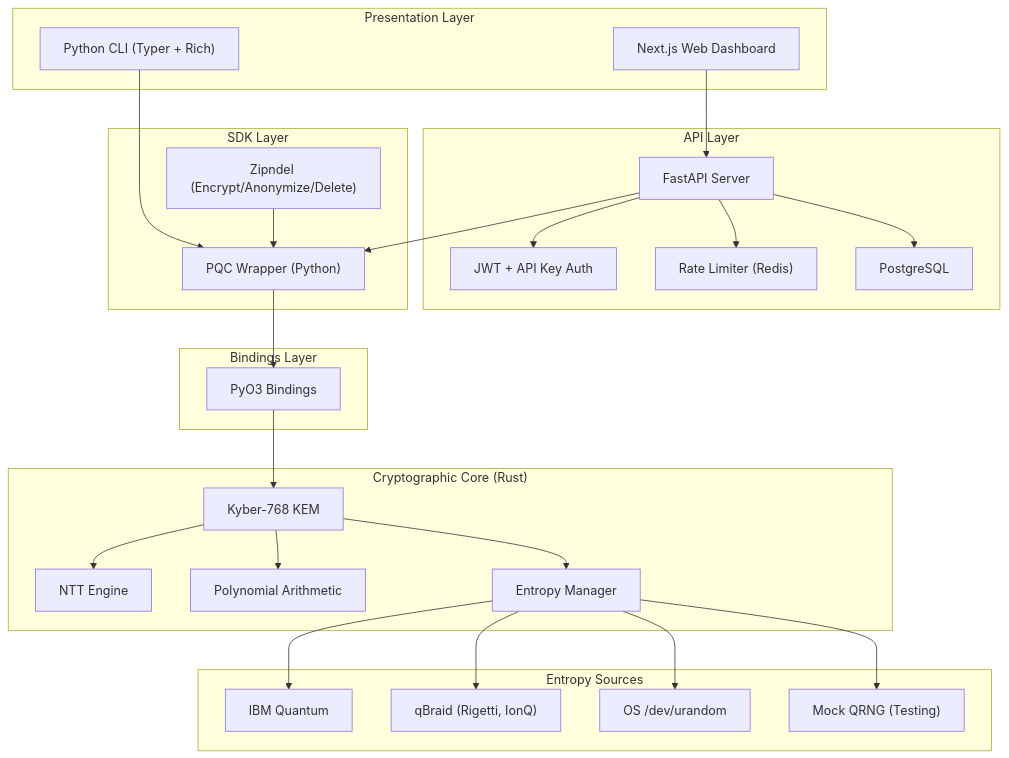
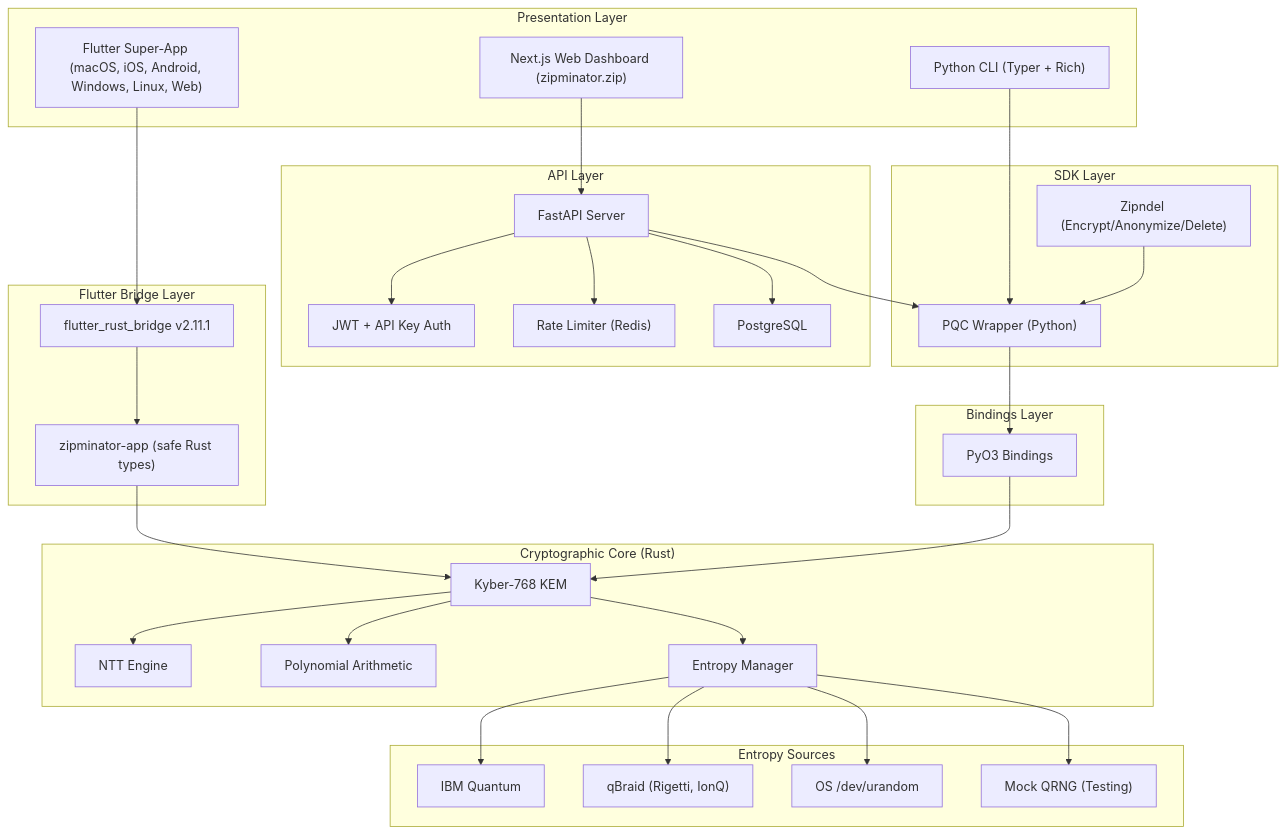
Before and after one commit to QDaria/zipminator: the first of 4 diagrams in docs/guides/architecture.md, drawn with Mermaid. The commit also changed other lines of this file and 5 other files, not shown here.

First line of the commit message:
feat(app): add Flutter bridge config, test driver, and docs for Wave 1-3

````diff
--- a/docs/guides/architecture.md
+++ b/docs/guides/architecture.md
@@ -11,54 +11,63 @@
 ```mermaid
 graph TB
     subgraph "Presentation Layer"
-        WEB["Next.js Web Dashboard"]
+        FLUTTER["Flutter Super-App (macOS, iOS, Android, Windows, Linux, Web)"]
+        WEB["Next.js Web Dashboard (zipminator.zip)"]
         CLI_PY["Python CLI (Typer + Rich)"]
+    end
+
+    subgraph "Flutter Bridge Layer"
+        FRB["flutter_rust_bridge v2.11.1"]
+        APP_CRATE["zipminator-app (safe Rust types)"]
     end
 
     subgraph "API Layer"
         API["FastAPI Server"]
         AUTH["JWT + API Key Auth"]
         RATE["Rate Limiter (Redis)"]
         DB["PostgreSQL"]
     end
 
     subgraph "SDK Layer"
         PQC["PQC Wrapper (Python)"]
         ZIPNDEL["Zipndel (Encrypt/Anonymize/Delete)"]
     end
 
     subgraph "Bindings Layer"
         PYO3["PyO3 Bindings"]
     end
 
     subgraph "Cryptographic Core (Rust)"
         KYBER["Kyber-768 KEM"]
         NTT["NTT Engine"]
         POLY["Polynomial Arithmetic"]
         ENTROPY["Entropy Manager"]
     end
 
     subgraph "Entropy Sources"
         IBM["IBM Quantum"]
         QBRAID["qBraid (Rigetti, IonQ)"]
         OS["OS /dev/urandom"]
         MOCK["Mock QRNG (Testing)"]
     end
 
+    FLUTTER --> FRB
+    FRB --> APP_CRATE
+    APP_CRATE --> KYBER
     WEB --> API
     CLI_PY --> PQC
     API --> AUTH
     API --> RATE
     API --> DB
     API --> PQC
     PQC --> PYO3
     ZIPNDEL --> PQC
     PYO3 --> KYBER
     KYBER --> NTT
     KYBER --> POLY
     KYBER --> ENTROPY
     ENTROPY --> IBM
     ENTROPY --> QBRAID
     ENTROPY --> OS
     ENTROPY --> MOCK
 ```
````
